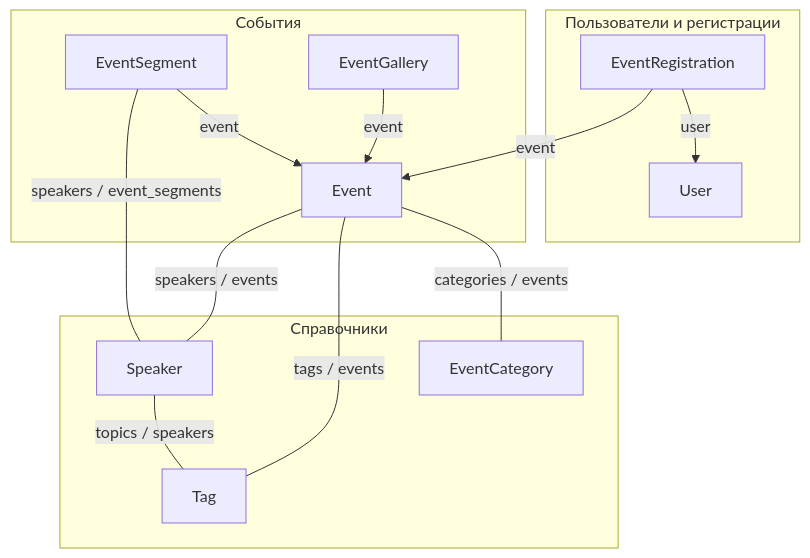
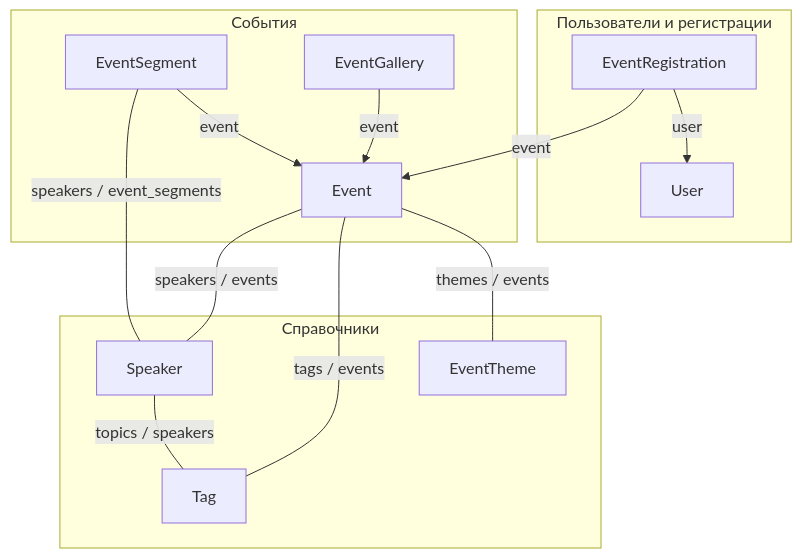
One commit to alex1983-dotcom/pm_meetup changed the first of 2 diagrams in docs/obsidian_pm_meetup/models-relations-diagram.md. Above: the diagram before and after it, drawn with Mermaid. The commit also changed other lines of this file and 29 other files, not shown here.

First line of the commit message:
События: тематика аналитики (EventTheme), цена по умолчанию бесплатно

````diff
--- a/docs/obsidian_pm_meetup/models-relations-diagram.md
+++ b/docs/obsidian_pm_meetup/models-relations-diagram.md
@@ -9,28 +9,28 @@
 ```mermaid
 flowchart TB
   subgraph users_reg [Пользователи и регистрации]
     User
     EventRegistration
   end
   subgraph events_core [События]
     Event
     EventSegment
     EventGallery
   end
   subgraph ref [Справочники]
-    EventCategory
+    EventTheme
     Speaker
     Tag
   end
 
   EventRegistration -->|"user"| User
   EventRegistration -->|"event"| Event
   EventSegment -->|"event"| Event
   EventGallery -->|"event"| Event
 
-  Event ---|"categories / events"| EventCategory
+  Event ---|"themes / events"| EventTheme
   Event ---|"tags / events"| Tag
   Event ---|"speakers / events"| Speaker
   EventSegment ---|"speakers / event_segments"| Speaker
   Speaker ---|"topics / speakers"| Tag
 ```
````
